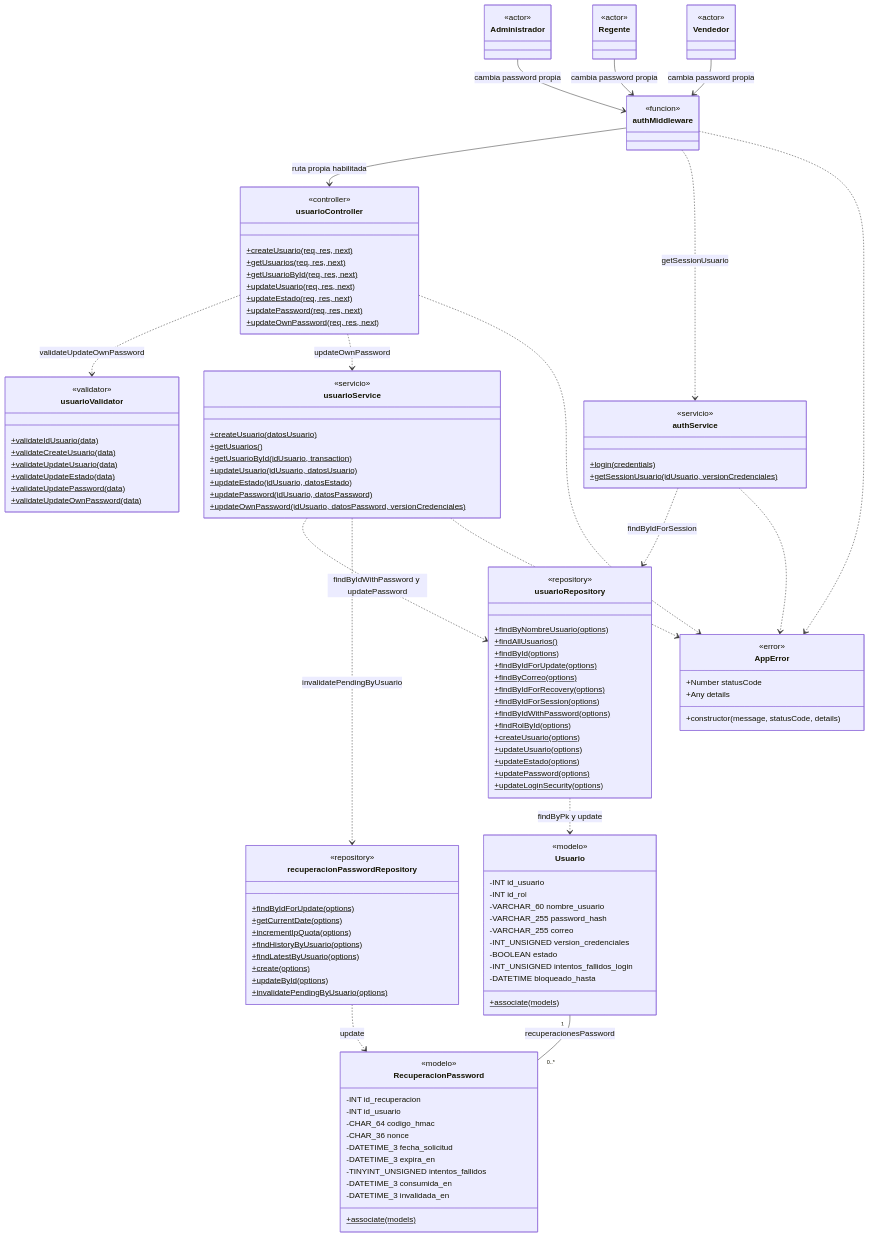
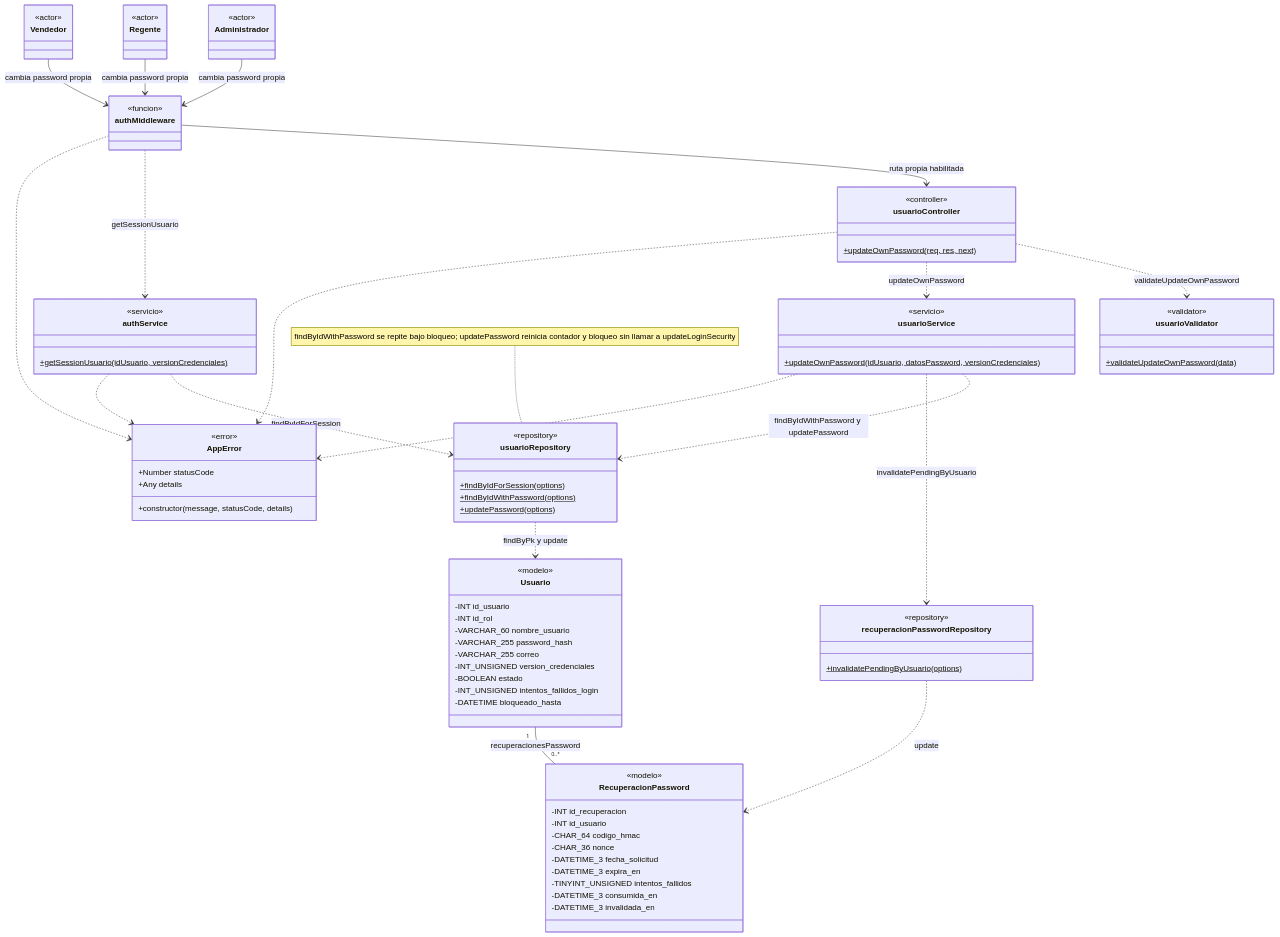
One commit to CreepyBowDev/cadefar-inventory-system changed the eighth of 34 diagrams in docs/ai/analisis-clase.md. Above: the diagram before and after it, drawn with Mermaid. The commit also changed other lines of this file, not shown here.

````diff
--- a/docs/ai/analisis-clase.md
+++ b/docs/ai/analisis-clase.md
@@ -949,64 +865,28 @@
     class authMiddleware { <<funcion>> }
     class usuarioController {
         <<controller>>
-        +createUsuario(req, res, next)$
-        +getUsuarios(req, res, next)$
-        +getUsuarioById(req, res, next)$
-        +updateUsuario(req, res, next)$
-        +updateEstado(req, res, next)$
-        +updatePassword(req, res, next)$
         +updateOwnPassword(req, res, next)$
     }
     class usuarioValidator {
         <<validator>>
-        +validateIdUsuario(data)$
-        +validateCreateUsuario(data)$
-        +validateUpdateUsuario(data)$
-        +validateUpdateEstado(data)$
-        +validateUpdatePassword(data)$
         +validateUpdateOwnPassword(data)$
     }
     class usuarioService {
         <<servicio>>
-        +createUsuario(datosUsuario)$
-        +getUsuarios()$
-        +getUsuarioById(idUsuario, transaction)$
-        +updateUsuario(idUsuario, datosUsuario)$
-        +updateEstado(idUsuario, datosEstado)$
-        +updatePassword(idUsuario, datosPassword)$
         +updateOwnPassword(idUsuario, datosPassword, versionCredenciales)$
     }
     class authService {
         <<servicio>>
-        +login(credentials)$
         +getSessionUsuario(idUsuario, versionCredenciales)$
     }
     class usuarioRepository {
         <<repository>>
-        +findByNombreUsuario(options)$
-        +findAllUsuarios()$
-        +findById(options)$
-        +findByIdForUpdate(options)$
-        +findByCorreo(options)$
-        +findByIdForRecovery(options)$
         +findByIdForSession(options)$
         +findByIdWithPassword(options)$
-        +findRolById(options)$
-        +createUsuario(options)$
-        +updateUsuario(options)$
-        +updateEstado(options)$
         +updatePassword(options)$
-        +updateLoginSecurity(options)$
     }
     class recuperacionPasswordRepository {
         <<repository>>
-        +findByIdForUpdate(options)$
-        +getCurrentDate(options)$
-        +incrementIpQuota(options)$
-        +findHistoryByUsuario(options)$
-        +findLatestByUsuario(options)$
-        +create(options)$
-        +updateById(options)$
         +invalidatePendingByUsuario(options)$
     }
     class Usuario {
@@ -1020,7 +900,6 @@
         -BOOLEAN estado
         -INT_UNSIGNED intentos_fallidos_login
         -DATETIME bloqueado_hasta
-        +associate(models)$
     }
     class RecuperacionPassword {
         <<modelo>>
@@ -1033,7 +912,6 @@
         -TINYINT_UNSIGNED intentos_fallidos
         -DATETIME_3 consumida_en
         -DATETIME_3 invalidada_en
-        +associate(models)$
     }
     class AppError {
         <<error>>
@@ -1058,4 +936,5 @@
     usuarioRepository ..> Usuario : findByPk y update
     recuperacionPasswordRepository ..> RecuperacionPassword : update
     Usuario "1" -- "0..*" RecuperacionPassword : recuperacionesPassword
+    note for usuarioRepository "findByIdWithPassword se repite bajo bloqueo; updatePassword reinicia contador y bloqueo sin llamar a updateLoginSecurity"
 ```
````
